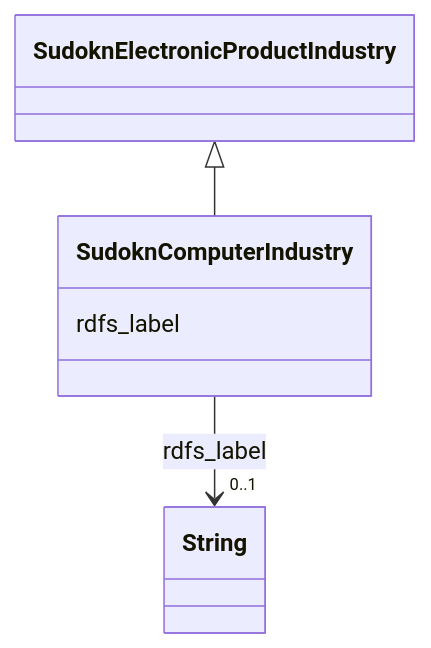
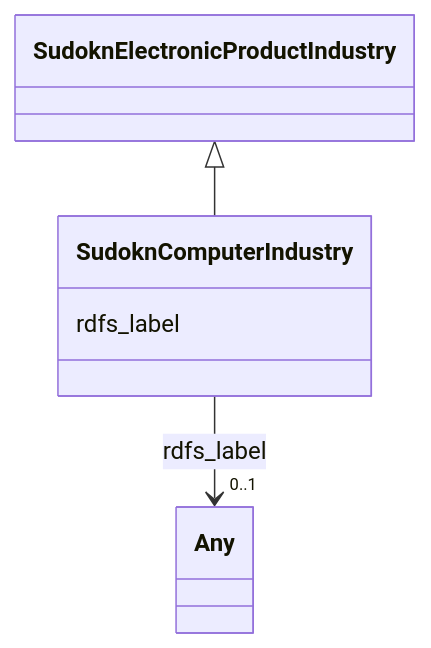
The diagram in sudokn-kg/classes/SudoknComputerIndustry.md (frink-okn/graph-descriptions), drawn with Mermaid before and after one commit. The commit also changed other lines of this file and 903 other files, not shown here.

````diff
--- a/sudokn-kg/classes/SudoknComputerIndustry.md
+++ b/sudokn-kg/classes/SudoknComputerIndustry.md
@@ -23,18 +16,18 @@
 ```mermaid
  classDiagram
     class SudoknComputerIndustry
     click SudoknComputerIndustry href "../SudoknComputerIndustry"
       SudoknElectronicProductIndustry <|-- SudoknComputerIndustry
         click SudoknElectronicProductIndustry href "../SudoknElectronicProductIndustry"
       
       SudoknComputerIndustry : rdfs_label
         
           
     
     
-    SudoknComputerIndustry --> "0..1" String : rdfs_label
-    click String href "../String"
+    SudoknComputerIndustry --> "0..1" Any : rdfs_label
+    click Any href "../Any"
 
         
       
 ```
````
